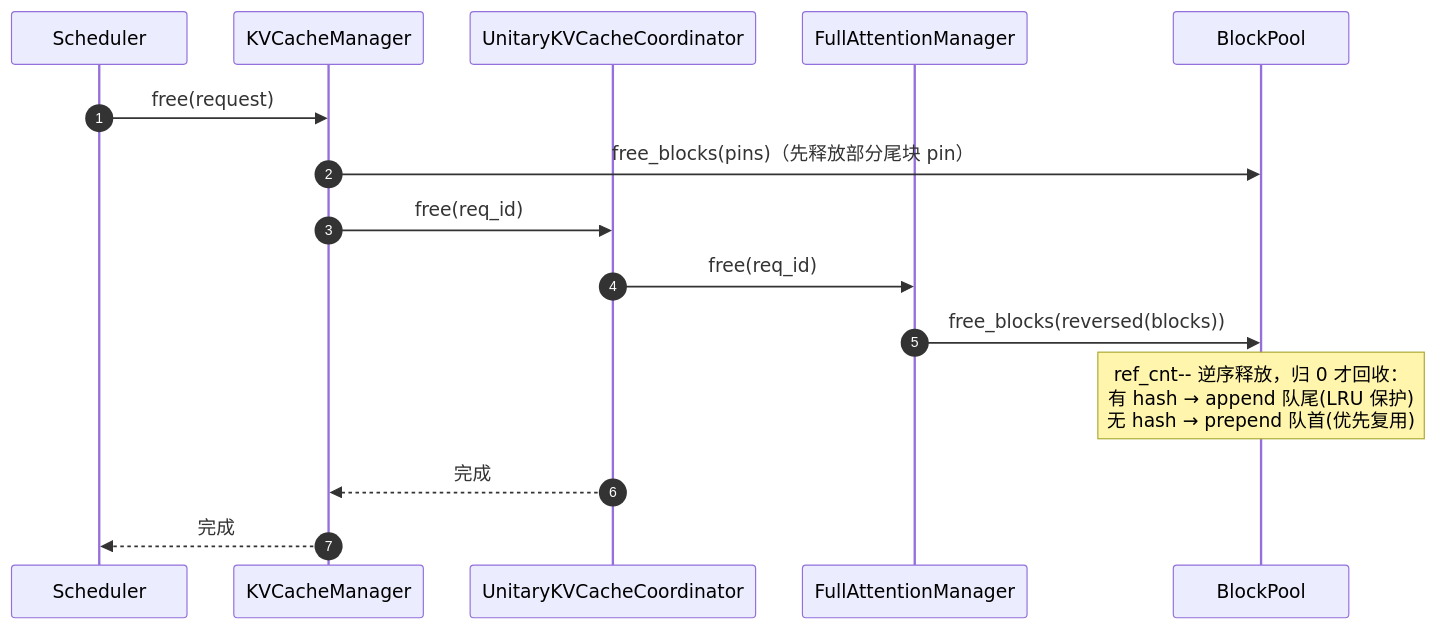
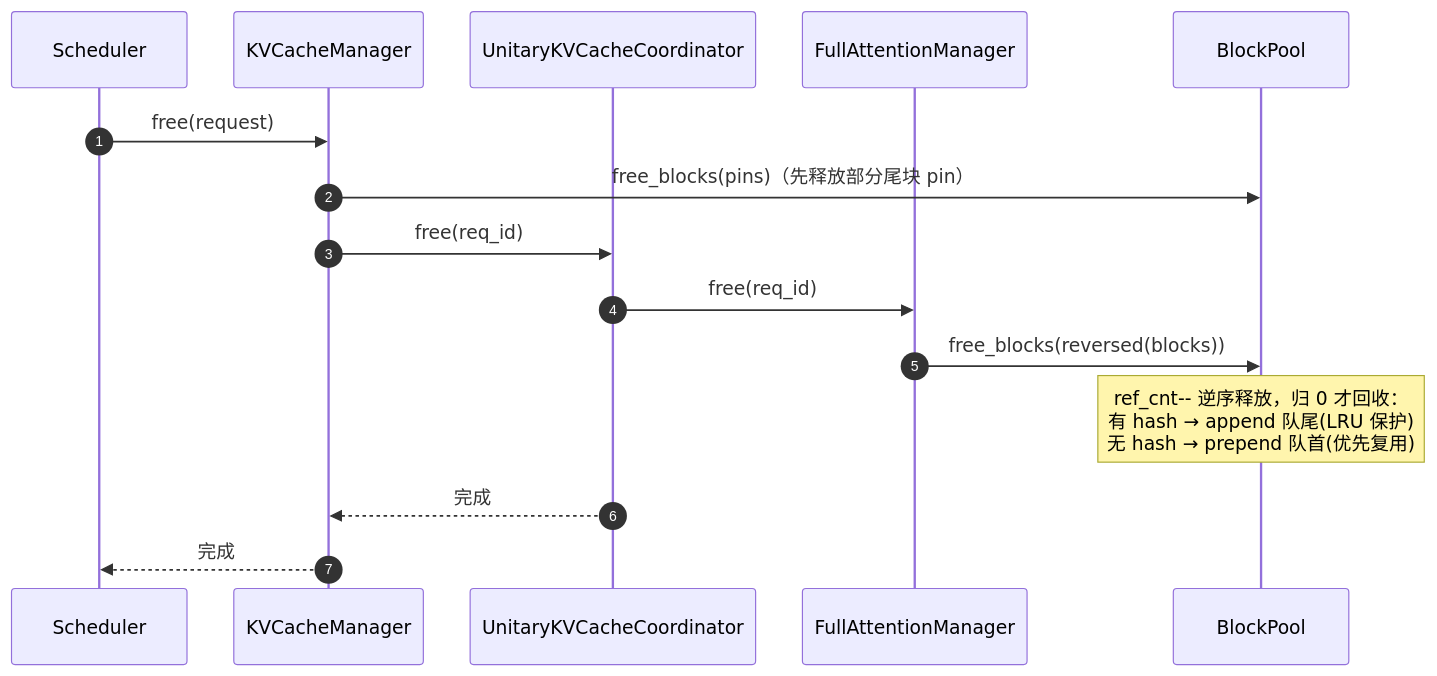
Before and after one commit to GoCHug/vllm: the eighth of 9 diagrams in vllm/v1/core/kvcache_docs/0_end_to_end_sequence.md, drawn with Mermaid. The commit also changed other lines of this file, not shown here.

````diff
--- a/vllm/v1/core/kvcache_docs/0_end_to_end_sequence.md
+++ b/vllm/v1/core/kvcache_docs/0_end_to_end_sequence.md
@@ -410,18 +410,18 @@
 ```mermaid
-%%{init: {"themeVariables": {"actorFontSize": "11px", "messageFontSize": "11px", "noteFontSize": "11px"}, "sequence": {"actorMargin": 40, "messageMargin": 16, "noteMargin": 8, "boxMargin": 8, "boxTextMargin": 4, "messageAlign": "center", "mirrorActors": true, "height": 45}}}%%
+%%{init: {"themeVariables": {"actorFontSize": "11px", "messageFontSize": "11px", "noteFontSize": "11px"}, "sequence": {"actorMargin": 40, "messageMargin": 16, "noteMargin": 8, "boxMargin": 8, "mirrorActors": true}}}%%
 sequenceDiagram
     autonumber
     participant Scheduler
     participant KVCacheManager
     participant UnitaryKVCacheCoordinator
     participant FullAttentionManager
     participant BlockPool
     Scheduler->>KVCacheManager: free(request)
     KVCacheManager->>BlockPool: free_blocks(pins)（先释放部分尾块 pin）
     KVCacheManager->>UnitaryKVCacheCoordinator: free(req_id)
     UnitaryKVCacheCoordinator->>FullAttentionManager: free(req_id)
     FullAttentionManager->>BlockPool: free_blocks(reversed(blocks))
     Note over BlockPool: ref_cnt-- 逆序释放，归 0 才回收：<br/>有 hash → append 队尾(LRU 保护)<br/>无 hash → prepend 队首(优先复用)
     UnitaryKVCacheCoordinator-->>KVCacheManager: 完成
     KVCacheManager-->>Scheduler: 完成
 ```
````
